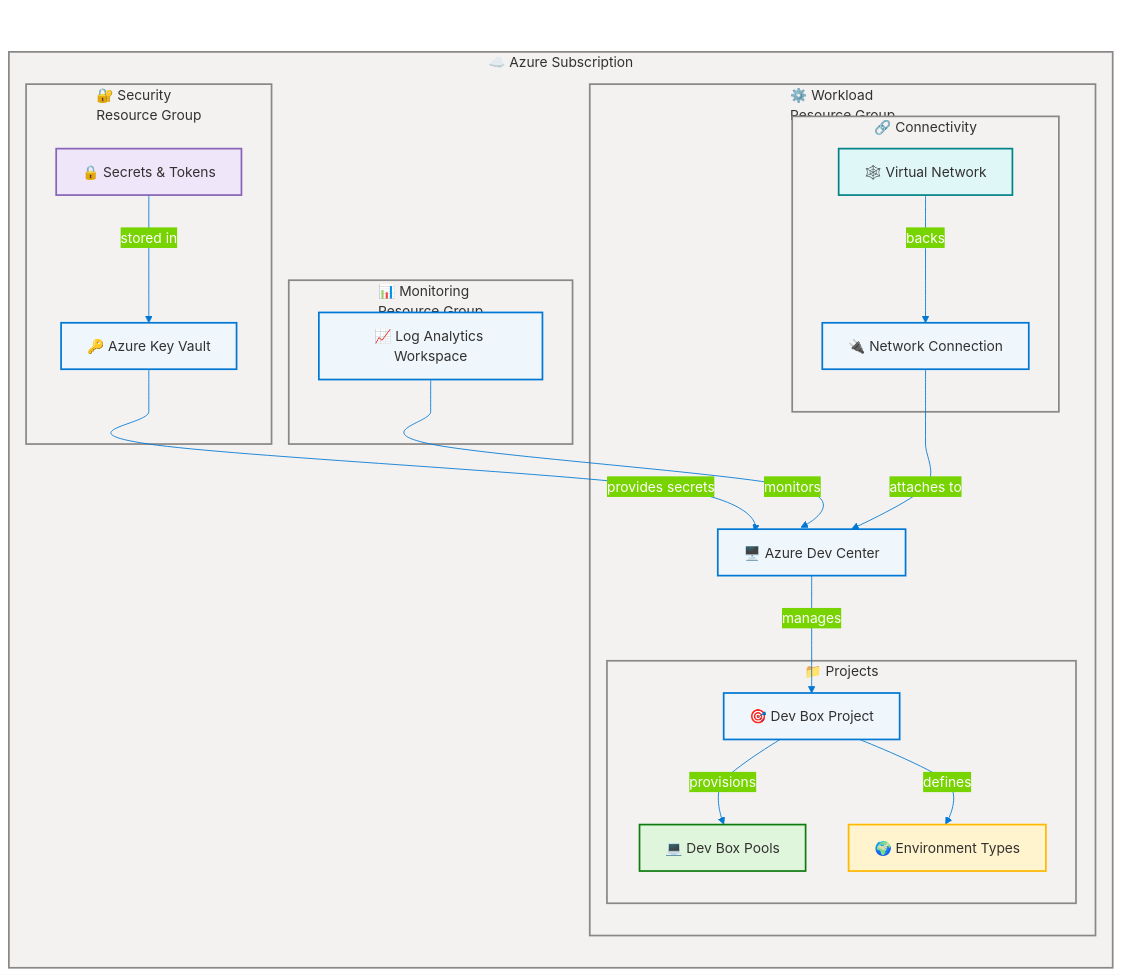
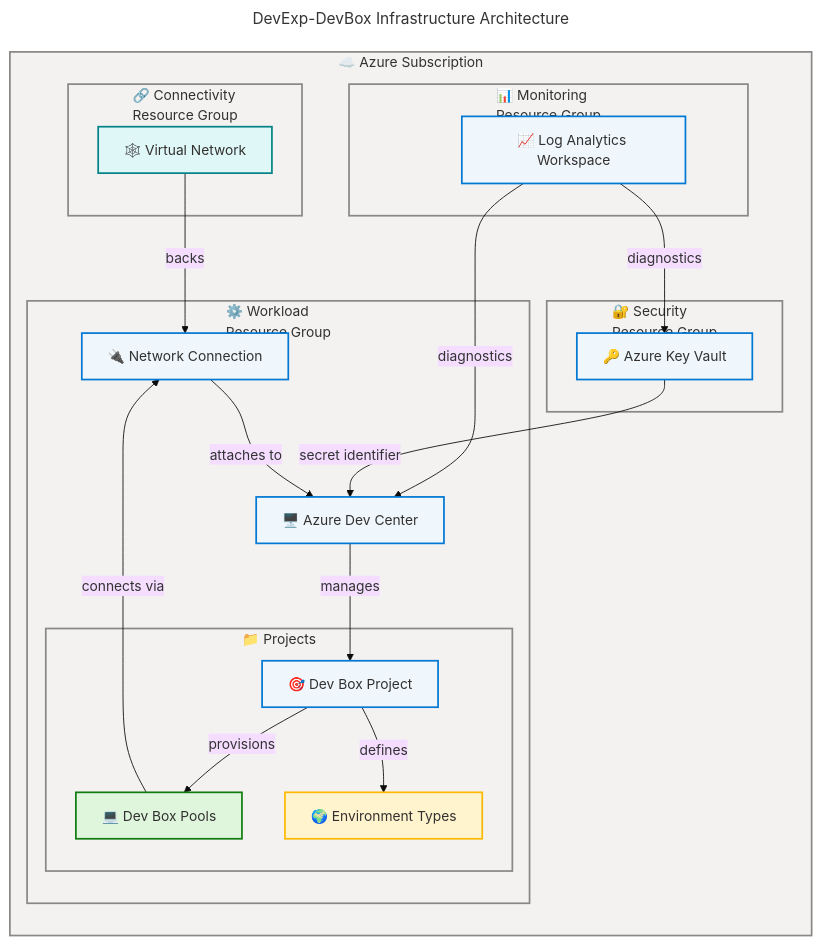
One commit to Evilazaro/DevExp-DevBox changed the diagram in README.md. Above: the diagram before and after it, drawn with Mermaid.

Commit message:
docs: update flowchart styling in README.md by adjusting theme variables and refining class definitions

````diff
--- a/README.md
+++ b/README.md
@@ -60,16 +60,12 @@
   layout: dagre
   flowchart:
     htmlLabels: true
-    curve: cardinal
   themeVariables:
-    primaryColor: '#0078D4'
-    primaryBorderColor: '#106EBE'
-    primaryTextColor: '#FFFFFF'
-    lineColor: '#0078D4'
+    fontSize: '16px'
 ---
 flowchart TB
     accTitle: DevExp-DevBox Infrastructure Architecture
-    accDescr: Azure Dev Box infrastructure across Security, Monitoring, and Workload zones with Key Vault, Log Analytics, and Dev Center.
+    accDescr: Azure Dev Box infrastructure across Security, Monitoring, Workload, and Connectivity resource groups with Key Vault, Log Analytics, Dev Center, and per-project Virtual Networks.
 
     %% ═══════════════════════════════════════════════════════════════════════════
     %% AZURE / FLUENT ARCHITECTURE PATTERN v1.1
@@ -87,7 +83,6 @@
 
         subgraph secRG["🔐 Security<br/>Resource Group"]
             kv["🔑 Azure Key Vault"]:::core
-            sec["🔒 Secrets & Tokens"]:::data
         end
 
         subgraph monRG["📊 Monitoring<br/>Resource Group"]
@@ -96,41 +91,40 @@
 
         subgraph wrkRG["⚙️ Workload<br/>Resource Group"]
             dc["🖥️ Azure Dev Center"]:::core
+            nc["🔌 Network Connection"]:::core
 
             subgraph proj["📁 Projects"]
                 p1["🎯 Dev Box Project"]:::core
                 pools["💻 Dev Box Pools"]:::success
                 envt["🌍 Environment Types"]:::warning
             end
+        end
 
-            subgraph netg["🔗 Connectivity"]
-                vnet["🕸️ Virtual Network"]:::external
-                nc["🔌 Network Connection"]:::core
-            end
+        subgraph connRG["🔗 Connectivity<br/>Resource Group"]
+            vnet["🕸️ Virtual Network"]:::external
         end
     end
 
-    sec -->|"stored in"| kv
-    kv -->|"provides secrets"| dc
-    law -->|"monitors"| dc
+    law -->|"diagnostics"| kv
+    law -->|"diagnostics"| dc
+    kv -->|"secret identifier"| dc
     dc -->|"manages"| p1
     p1 -->|"provisions"| pools
     p1 -->|"defines"| envt
     vnet -->|"backs"| nc
     nc -->|"attaches to"| dc
+    pools -->|"connects via"| nc
 
-    style sub   fill:#F3F2F1,stroke:#8A8886,stroke-width:2px,color:#323130
-    style secRG fill:#F3F2F1,stroke:#8A8886,stroke-width:2px,color:#323130
-    style monRG fill:#F3F2F1,stroke:#8A8886,stroke-width:2px,color:#323130
-    style wrkRG fill:#F3F2F1,stroke:#8A8886,stroke-width:2px,color:#323130
-    style proj  fill:#F3F2F1,stroke:#8A8886,stroke-width:2px,color:#323130
-    style netg  fill:#F3F2F1,stroke:#8A8886,stroke-width:2px,color:#323130
+    style sub     fill:#F3F2F1,stroke:#8A8886,stroke-width:2px,color:#323130
+    style secRG   fill:#F3F2F1,stroke:#8A8886,stroke-width:2px,color:#323130
+    style monRG   fill:#F3F2F1,stroke:#8A8886,stroke-width:2px,color:#323130
+    style wrkRG   fill:#F3F2F1,stroke:#8A8886,stroke-width:2px,color:#323130
+    style proj    fill:#F3F2F1,stroke:#8A8886,stroke-width:2px,color:#323130
+    style connRG  fill:#F3F2F1,stroke:#8A8886,stroke-width:2px,color:#323130
 
-    %% Centralized semantic classDefs — neutral-first, 5 semantic classes (Phase 5 compliant)
-    classDef neutral  fill:#FAFAFA,stroke:#8A8886,stroke-width:2px,color:#323130
+    %% Centralized semantic classDefs — 4 used classes (Phase 5 compliant, no unused)
     classDef core     fill:#EFF6FC,stroke:#0078D4,stroke-width:2px,color:#323130
     classDef success  fill:#DFF6DD,stroke:#107C10,stroke-width:2px,color:#323130
     classDef warning  fill:#FFF4CE,stroke:#FFB900,stroke-width:2px,color:#323130
-    classDef data     fill:#F0E6FA,stroke:#8764B8,stroke-width:2px,color:#323130
     classDef external fill:#E0F7F7,stroke:#038387,stroke-width:2px,color:#323130
 ```
````
